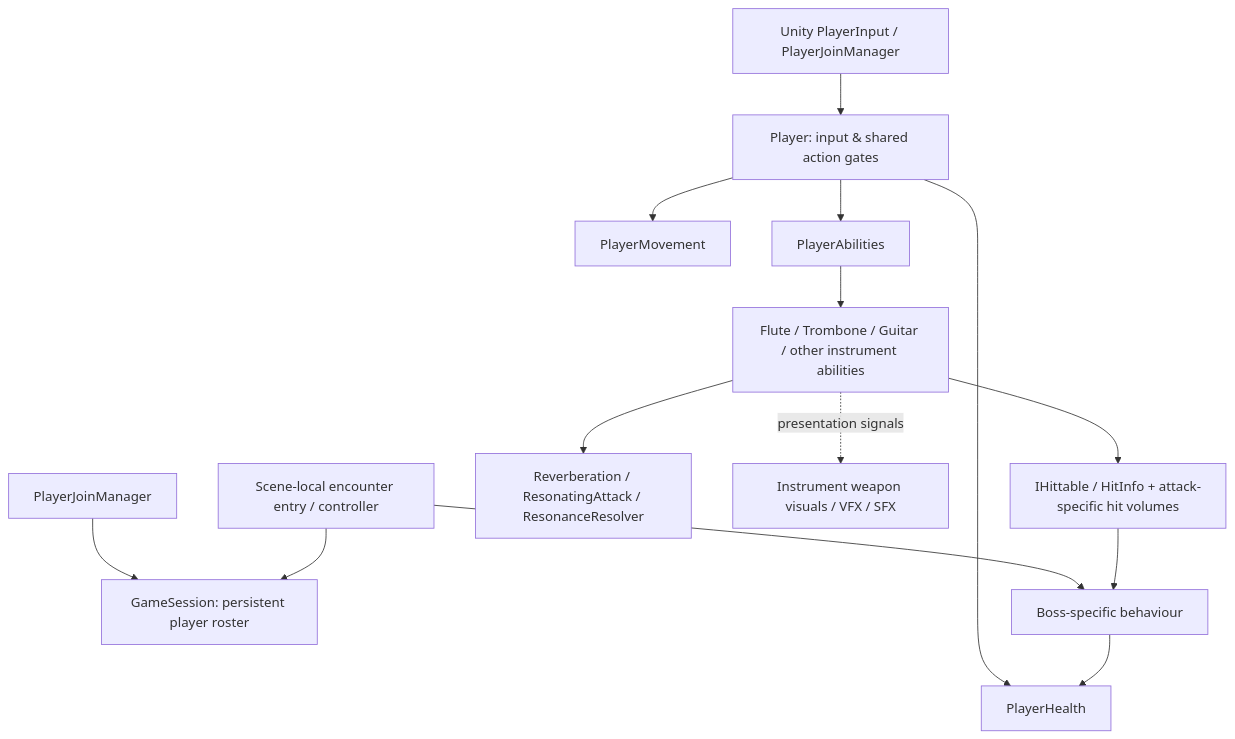
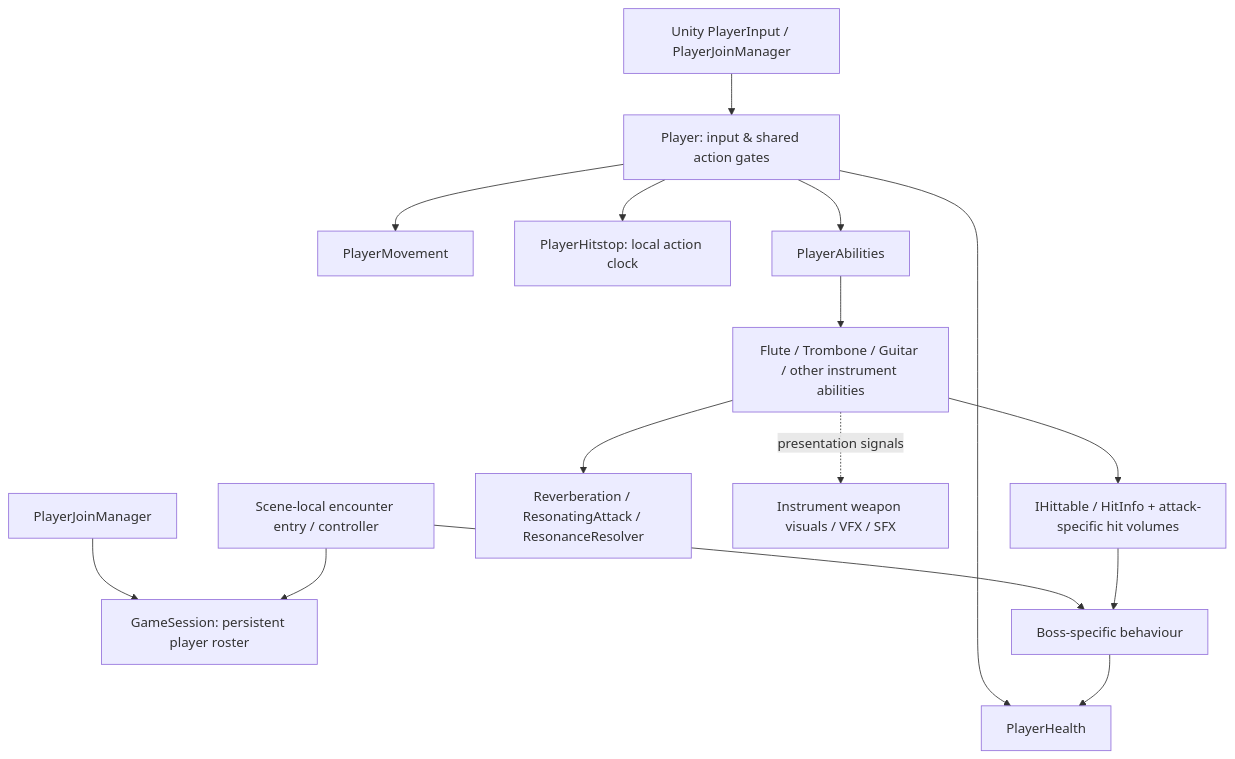
One commit to ryan-tzw/Game50033 changed the diagram in docs/agents/ARCHITECTURE.md. Above: the diagram before and after it, drawn with Mermaid. The commit also changed other lines of this file and 11 other files, not shown here.

````diff
--- a/docs/agents/ARCHITECTURE.md
+++ b/docs/agents/ARCHITECTURE.md
@@ -21,16 +21,17 @@
 ```mermaid
 flowchart TB
     Inputs[Unity PlayerInput / PlayerJoinManager] --> Player[Player: input & shared action gates]
     Join[PlayerJoinManager] --> Session[GameSession: persistent player roster]
     Player --> Move[PlayerMovement]
     Player --> Health[PlayerHealth]
+    Player --> Hitstop[PlayerHitstop: local action clock]
     Player --> Abilities[PlayerAbilities]
     Abilities --> Specific[Flute / Trombone / Guitar / other instrument abilities]
     Specific --> Hits[IHittable / HitInfo + attack-specific hit volumes]
     Specific --> Resonance[Reverberation / ResonatingAttack / ResonanceResolver]
     Specific -. presentation signals .-> Visuals[Instrument weapon visuals / VFX / SFX]
     Entry[Scene-local encounter entry / controller] --> Session
     Entry --> Boss[Boss-specific behaviour]
     Boss --> Health
     Hits --> Boss
 ```
````
